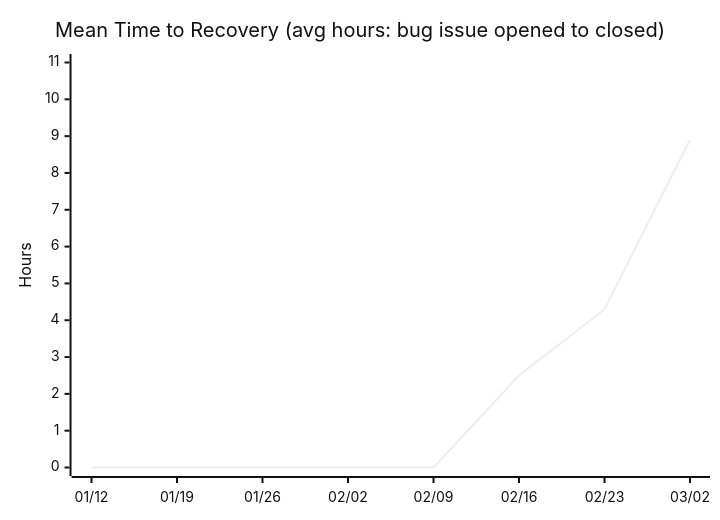
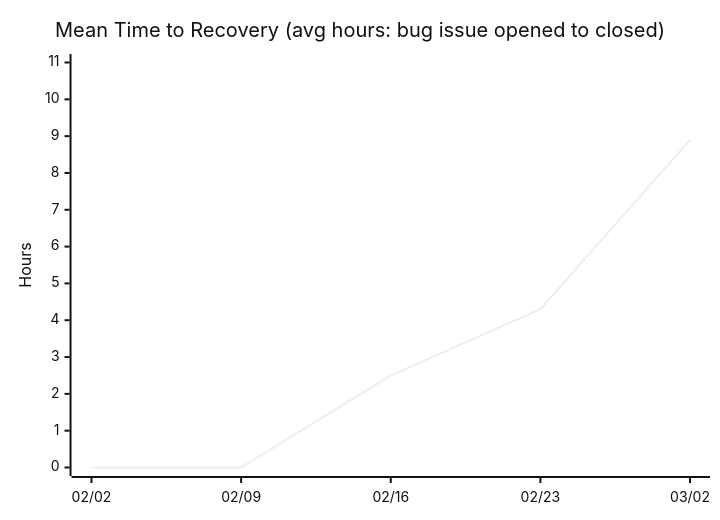
The fourth of 13 diagrams in docs/metrics.md (nablarch/nabledge-dev), drawn with Mermaid (neutral theme) before and after one commit. The commit also changed other lines of this file and 2 other files, not shown here.

First line of the commit message:
feat: simplify DORA scorecard table and start charts from first commit

````diff
--- a/docs/metrics.md
+++ b/docs/metrics.md
@@ -50,7 +51,7 @@
 ```mermaid
 xychart-beta
   title "Mean Time to Recovery (avg hours: bug issue opened to closed)"
-  x-axis ["01/12", "01/19", "01/26", "02/02", "02/09", "02/16", "02/23", "03/02"]
+  x-axis ["02/02", "02/09", "02/16", "02/23", "03/02"]
   y-axis "Hours" 0 --> 11
-  line [0, 0, 0, 0, 0, 2.5, 4.3, 8.9]
+  line [0, 0, 2.5, 4.3, 8.9]
 ```
````
